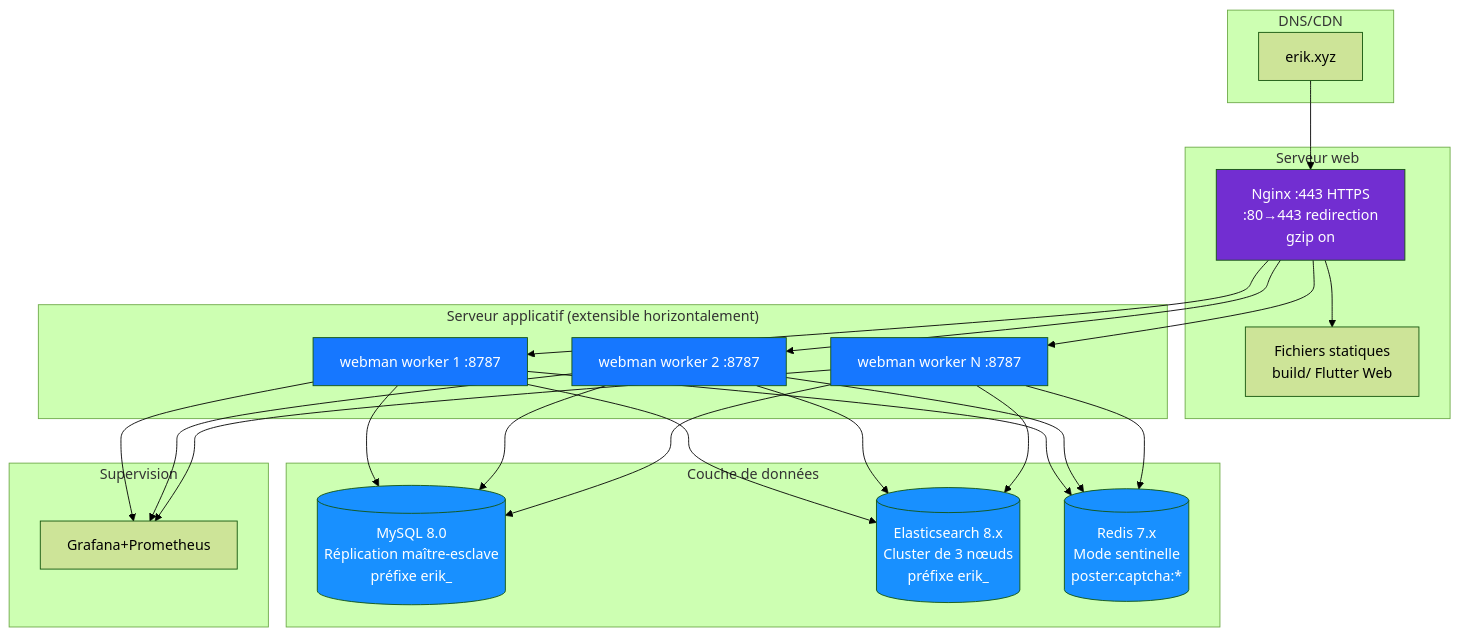
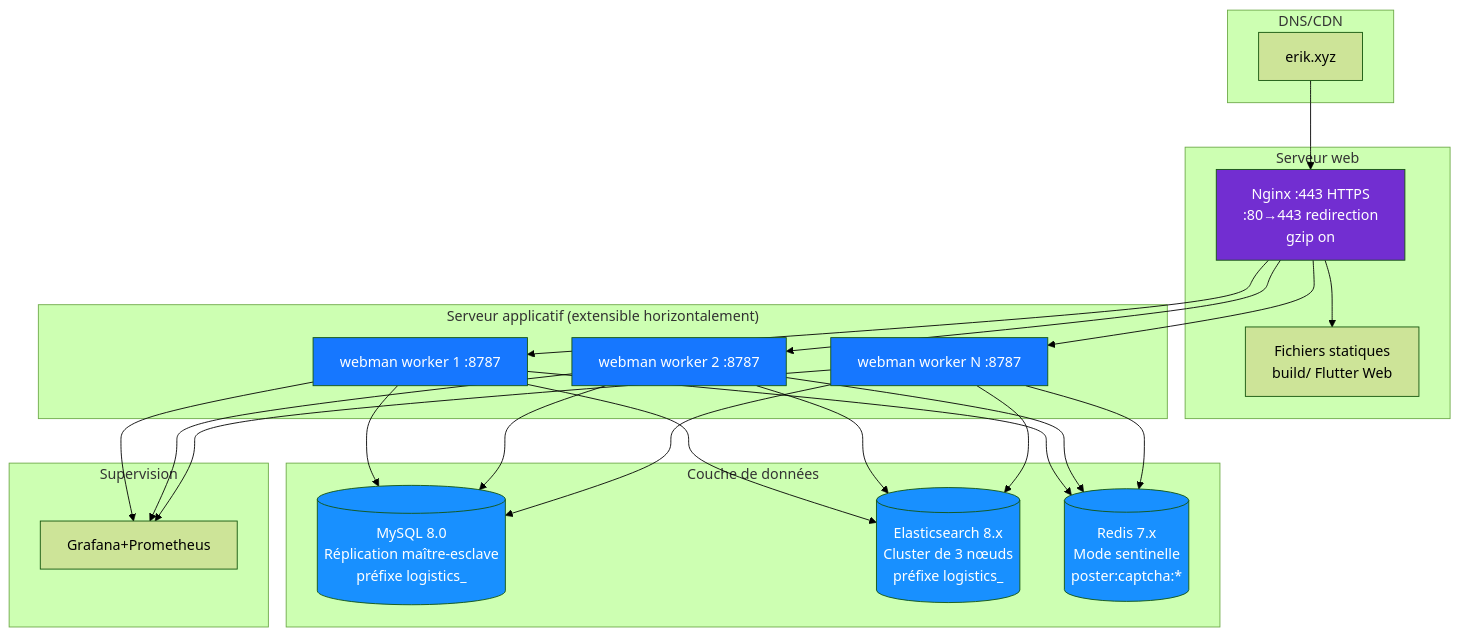
One commit to erikwang2013/integrated-global-logistics changed the diagram in admin/docs/diagrams/12-deployment.fr.md. Above: the diagram before and after it, drawn with Mermaid (forest theme). The commit also changed 211 other files, not shown here.

````diff
--- a/admin/docs/diagrams/12-deployment.fr.md
+++ b/admin/docs/diagrams/12-deployment.fr.md
@@ -7,45 +7,45 @@
 ```mermaid
 flowchart TB
     subgraph dns["DNS/CDN"]
         domain["erik.xyz"]
     end
 
     subgraph web["Serveur web"]
         nginx["Nginx :443 HTTPS<br/>:80→443 redirection<br/>gzip on"]
         static["Fichiers statiques<br/>build/ Flutter Web"]
     end
 
     subgraph app["Serveur applicatif (extensible horizontalement)"]
         wm1["webman worker 1 :8787"]
         wm2["webman worker 2 :8787"]
         wm3["webman worker N :8787"]
     end
 
     subgraph data["Couche de données"]
-        mysql[("MySQL 8.0<br/>Réplication maître-esclave<br/>préfixe erik_")]
-        es[("Elasticsearch 8.x<br/>Cluster de 3 nœuds<br/>préfixe erik_")]
+        mysql[("MySQL 8.0<br/>Réplication maître-esclave<br/>préfixe logistics_")]
+        es[("Elasticsearch 8.x<br/>Cluster de 3 nœuds<br/>préfixe logistics_")]
         redis[("Redis 7.x<br/>Mode sentinelle<br/>poster:captcha:*")]
     end
 
     subgraph monitor["Supervision"]
         grafana["Grafana+Prometheus"]
     end
 
     domain --> nginx
     nginx --> static
     nginx --> wm1
     nginx --> wm2
     nginx --> wm3
     wm1 & wm2 & wm3 --> mysql
     wm1 & wm2 & wm3 --> es
     wm1 & wm2 & wm3 --> redis
     wm1 & wm2 & wm3 --> grafana
 
     style nginx fill:#722ED1,color:#fff
     style wm1 fill:#1677FF,color:#fff
     style wm2 fill:#1677FF,color:#fff
     style wm3 fill:#1677FF,color:#fff
     style mysql fill:#1890FF,color:#fff
     style es fill:#1890FF,color:#fff
     style redis fill:#1890FF,color:#fff
 ```
````
